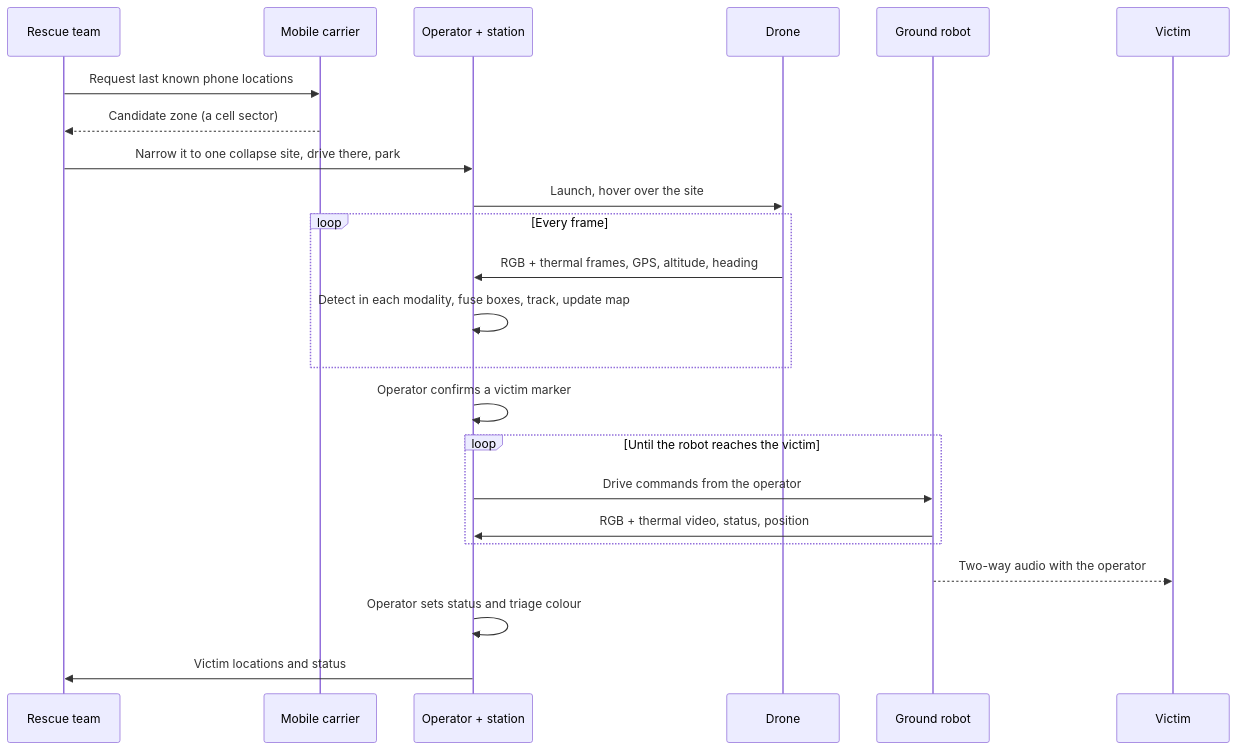
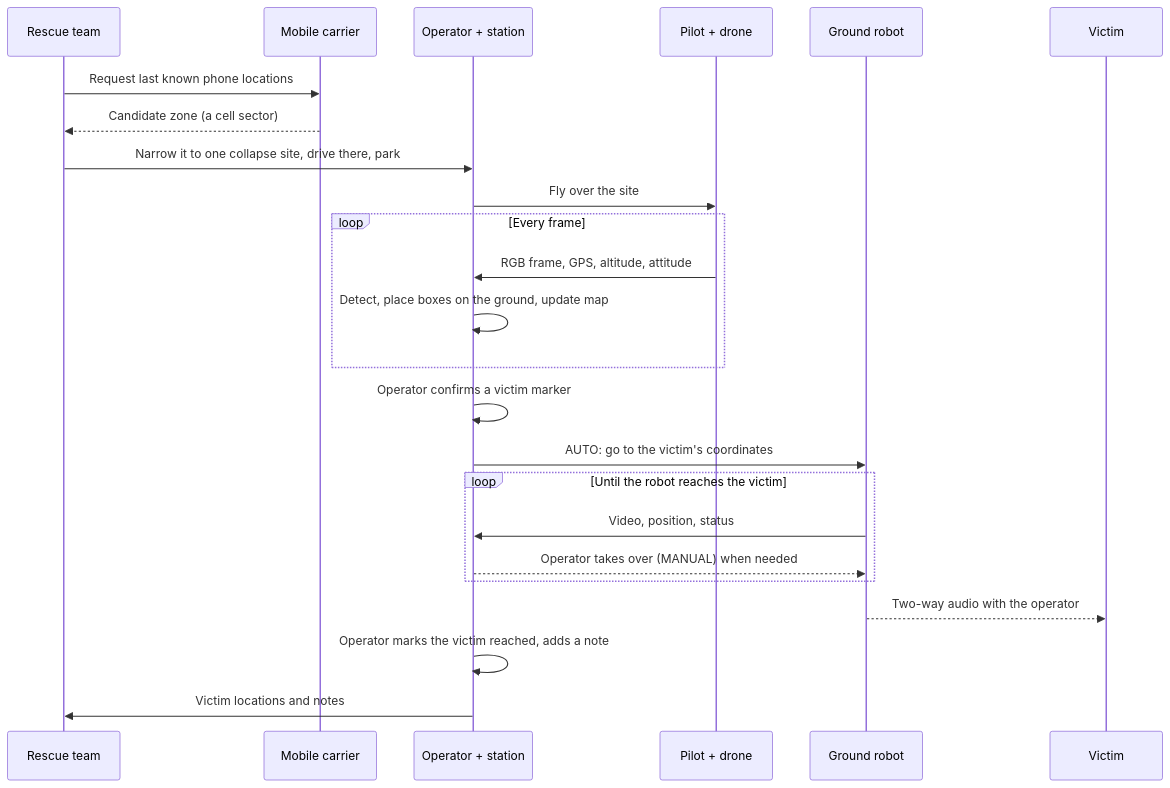
The second of 3 diagrams in README.md (sagyzdop/capstone), drawn with Mermaid before and after one commit. The commit also changed other lines of this file and 13 other files, not shown here.

First line of the commit message:
docs: UAV and UGV modules, thermal and triage out of scope

````diff
--- a/README.md
+++ b/README.md
@@ -55,25 +59,26 @@
 ```mermaid
 sequenceDiagram
     participant T as Rescue team
     participant C as Mobile carrier
     participant O as Operator + station
-    participant D as Drone
+    participant P as Pilot + drone
     participant R as Ground robot
     participant V as Victim
     T->>C: Request last known phone locations
     C-->>T: Candidate zone (a cell sector)
     T->>O: Narrow it to one collapse site, drive there, park
-    O->>D: Launch, hover over the site
+    O->>P: Fly over the site
     loop Every frame
-        D->>O: RGB + thermal frames, GPS, altitude, heading
-        O->>O: Detect in each modality, fuse boxes, track, update map
+        P->>O: RGB frame, GPS, altitude, attitude
+        O->>O: Detect, place boxes on the ground, update map
     end
     O->>O: Operator confirms a victim marker
+    O->>R: AUTO: go to the victim's coordinates
     loop Until the robot reaches the victim
-        O->>R: Drive commands from the operator
-        R->>O: RGB + thermal video, status, position
+        R->>O: Video, position, status
+        O-->>R: Operator takes over (MANUAL) when needed
     end
     R-->>V: Two-way audio with the operator
-    O->>O: Operator sets status and triage colour
-    O->>T: Victim locations and status
+    O->>O: Operator marks the victim reached, adds a note
+    O->>T: Victim locations and notes
 ```
````
